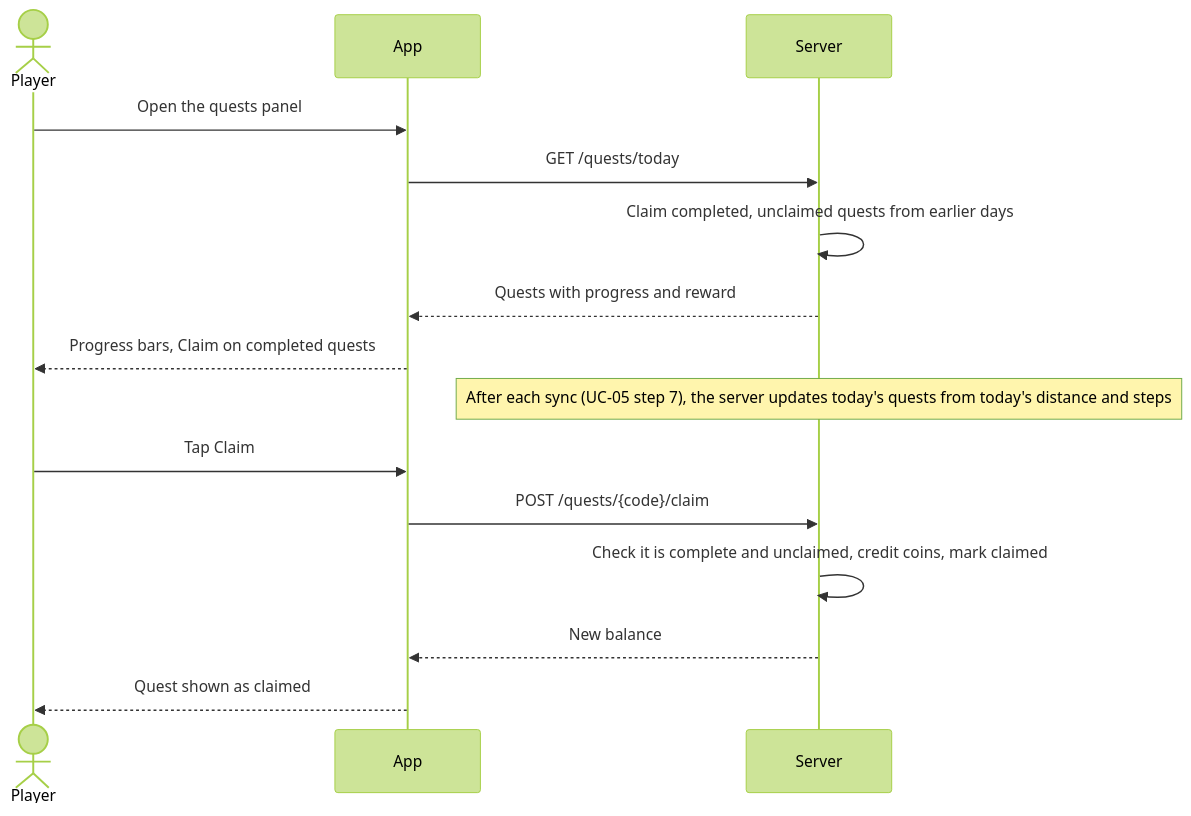
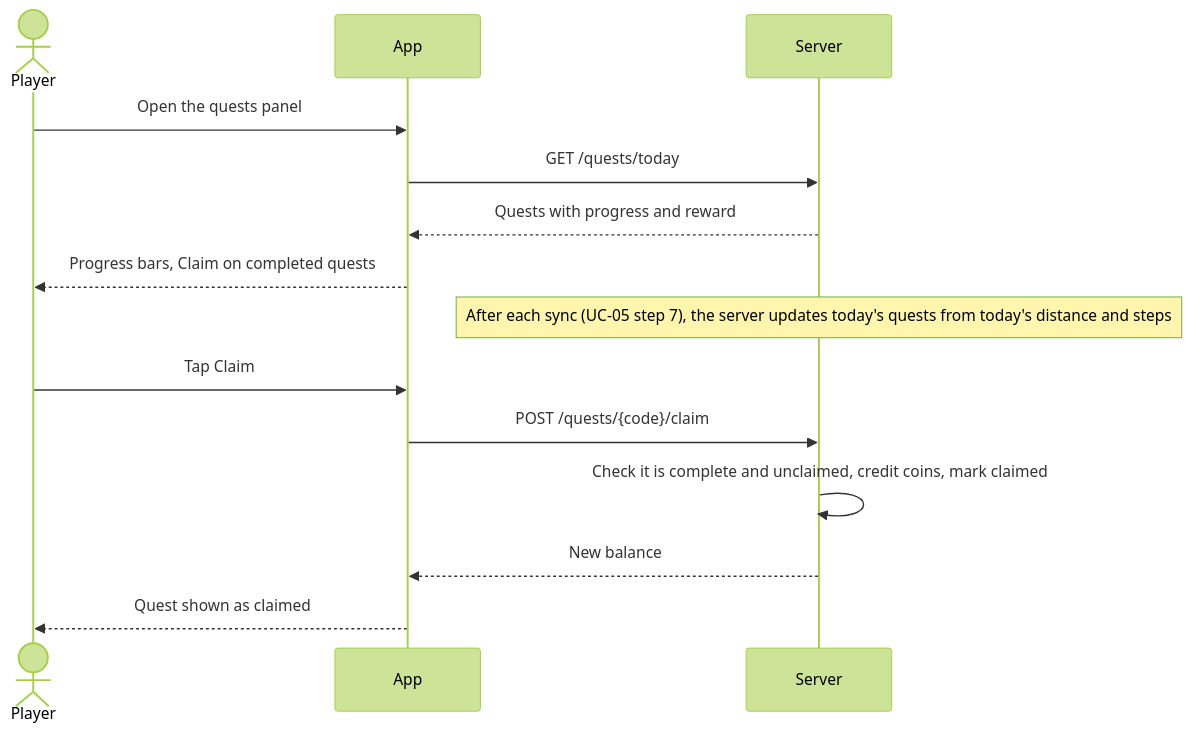
The diagram in docs/usecases/UC-13-complete-daily-quests.md (zhangs-tech/runtomo), drawn with Mermaid (forest theme) before and after one commit. The commit also changed other lines of this file and 2 other files, not shown here.

Commit message:
docs(usecases): require manual quest claims and remove auto-claim

````diff
--- a/docs/usecases/UC-13-complete-daily-quests.md
+++ b/docs/usecases/UC-13-complete-daily-quests.md
@@ -64,18 +64,17 @@
 ```mermaid
 sequenceDiagram
     actor P as Player
     participant A as App
     participant S as Server
 
     P->>A: Open the quests panel
     A->>S: GET /quests/today
-    S->>S: Claim completed, unclaimed quests from earlier days
     S-->>A: Quests with progress and reward
     A-->>P: Progress bars, Claim on completed quests
     Note over S: After each sync (UC-05 step 7), the server updates today's quests from today's distance and steps
     P->>A: Tap Claim
     A->>S: POST /quests/{code}/claim
     S->>S: Check it is complete and unclaimed, credit coins, mark claimed
     S-->>A: New balance
     A-->>P: Quest shown as claimed
 ```
````
